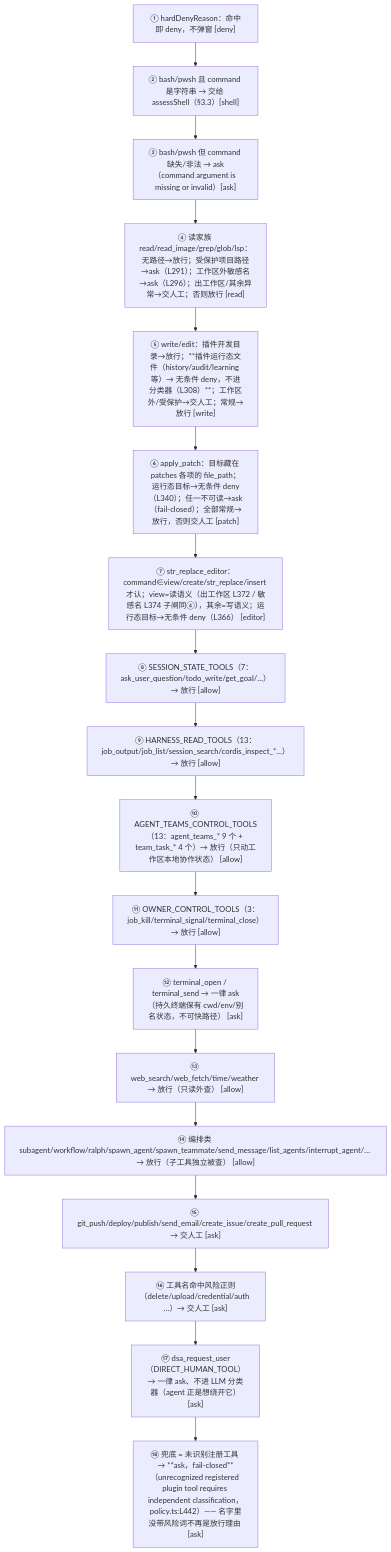
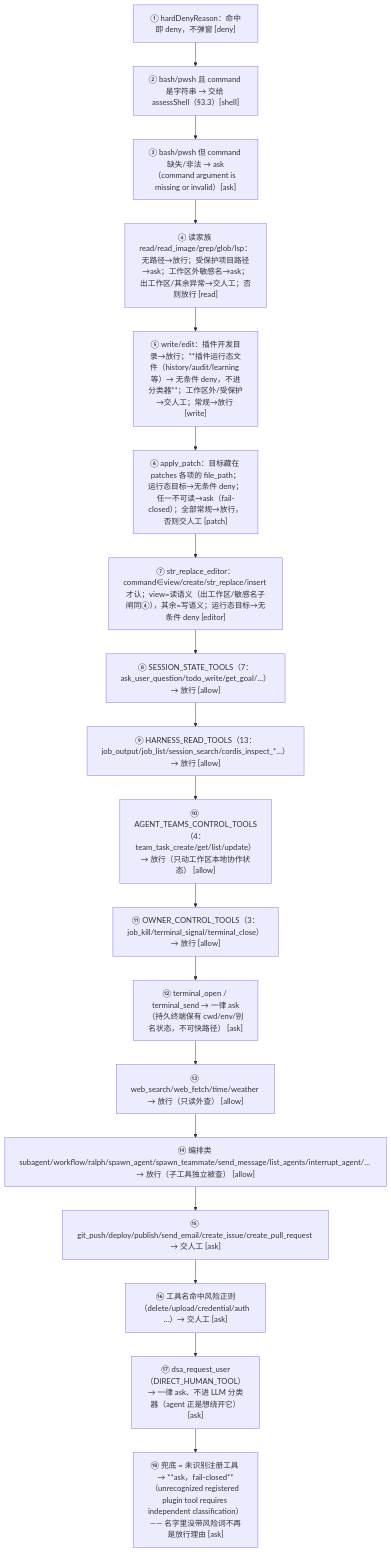
Before and after one commit to cuddly-guacamole/dsh-auto-approval-llm: the first of 3 diagrams in docs/03-static-engine.md, drawn with Mermaid. The commit also changed other lines of this file and 11 other files, not shown here.

````diff
--- a/docs/03-static-engine.md
+++ b/docs/03-static-engine.md
@@ -28,21 +30,21 @@
 ```mermaid
 flowchart TD
     A1["① hardDenyReason：命中即 deny，不弹窗 [deny]"]
     A1 --> A2["② bash/pwsh 且 command 是字符串 → 交给 assessShell（§3.3）[shell]"]
     A2 --> A3["③ bash/pwsh 但 command 缺失/非法 → ask（command argument is missing or invalid）[ask]"]
-    A3 --> A4["④ 读家族 read/read_image/grep/glob/lsp：无路径→放行；受保护项目路径→ask（L291）；工作区外敏感名→ask（L296）；出工作区/其余异常→交人工；否则放行 [read]"]
-    A4 --> A5["⑤ write/edit：插件开发目录→放行；**插件运行态文件（history/audit/learning 等）→ 无条件 deny，不进分类器（L308）**；工作区外/受保护→交人工；常规→放行 [write]"]
-    A5 --> A6["⑥ apply_patch：目标藏在 patches 各项的 file_path；运行态目标→无条件 deny（L340）；任一不可读→ask（fail-closed）；全部常规→放行，否则交人工 [patch]"]
-    A6 --> A7["⑦ str_replace_editor：command∈view/create/str_replace/insert 才认；view=读语义（出工作区 L372 / 敏感名 L374 子闸同④），其余=写语义；运行态目标→无条件 deny（L366） [editor]"]
+    A3 --> A4["④ 读家族 read/read_image/grep/glob/lsp：无路径→放行；受保护项目路径→ask；工作区外敏感名→ask；出工作区/其余异常→交人工；否则放行 [read]"]
+    A4 --> A5["⑤ write/edit：插件开发目录→放行；**插件运行态文件（history/audit/learning 等）→ 无条件 deny，不进分类器**；工作区外/受保护→交人工；常规→放行 [write]"]
+    A5 --> A6["⑥ apply_patch：目标藏在 patches 各项的 file_path；运行态目标→无条件 deny；任一不可读→ask（fail-closed）；全部常规→放行，否则交人工 [patch]"]
+    A6 --> A7["⑦ str_replace_editor：command∈view/create/str_replace/insert 才认；view=读语义（出工作区/敏感名子闸同④），其余=写语义；运行态目标→无条件 deny [editor]"]
     A7 --> A8["⑧ SESSION_STATE_TOOLS（7：ask_user_question/todo_write/get_goal/…）→ 放行 [allow]"]
     A8 --> A9["⑨ HARNESS_READ_TOOLS（13：job_output/job_list/session_search/cordis_inspect_*…）→ 放行 [allow]"]
-    A9 --> A10["⑩ AGENT_TEAMS_CONTROL_TOOLS（13：agent_teams_* 9 个 + team_task_* 4 个）→ 放行（只动工作区本地协作状态） [allow]"]
+    A9 --> A10["⑩ AGENT_TEAMS_CONTROL_TOOLS（4：team_task_create/get/list/update）→ 放行（只动工作区本地协作状态） [allow]"]
     A10 --> A11["⑪ OWNER_CONTROL_TOOLS（3：job_kill/terminal_signal/terminal_close）→ 放行 [allow]"]
     A11 --> A12["⑫ terminal_open / terminal_send → 一律 ask（持久终端保有 cwd/env/别名状态，不可快路径） [ask]"]
     A12 --> A13["⑬ web_search/web_fetch/time/weather → 放行（只读外查） [allow]"]
     A13 --> A14["⑭ 编排类 subagent/workflow/ralph/spawn_agent/spawn_teammate/send_message/list_agents/interrupt_agent/… → 放行（子工具独立被查） [allow]"]
     A14 --> A15["⑮ git_push/deploy/publish/send_email/create_issue/create_pull_request → 交人工 [ask]"]
     A15 --> A16["⑯ 工具名命中风险正则（delete/upload/credential/auth …）→ 交人工 [ask]"]
     A16 --> A17["⑰ dsa_request_user（DIRECT_HUMAN_TOOL）→ 一律 ask、不进 LLM 分类器（agent 正是想绕开它）[ask]"]
-    A17 --> A18["⑱ 兜底 = 未识别注册工具 → **ask，fail-closed**（unrecognized registered plugin tool requires independent classification，<span class="lnum">policy.ts:L442</span>）—— 名字里没带风险词不再是放行理由 [ask]"]
+    A17 --> A18["⑱ 兜底 = 未识别注册工具 → **ask，fail-closed**（unrecognized registered plugin tool requires independent classification）—— 名字里没带风险词不再是放行理由 [ask]"]
 ```
````
